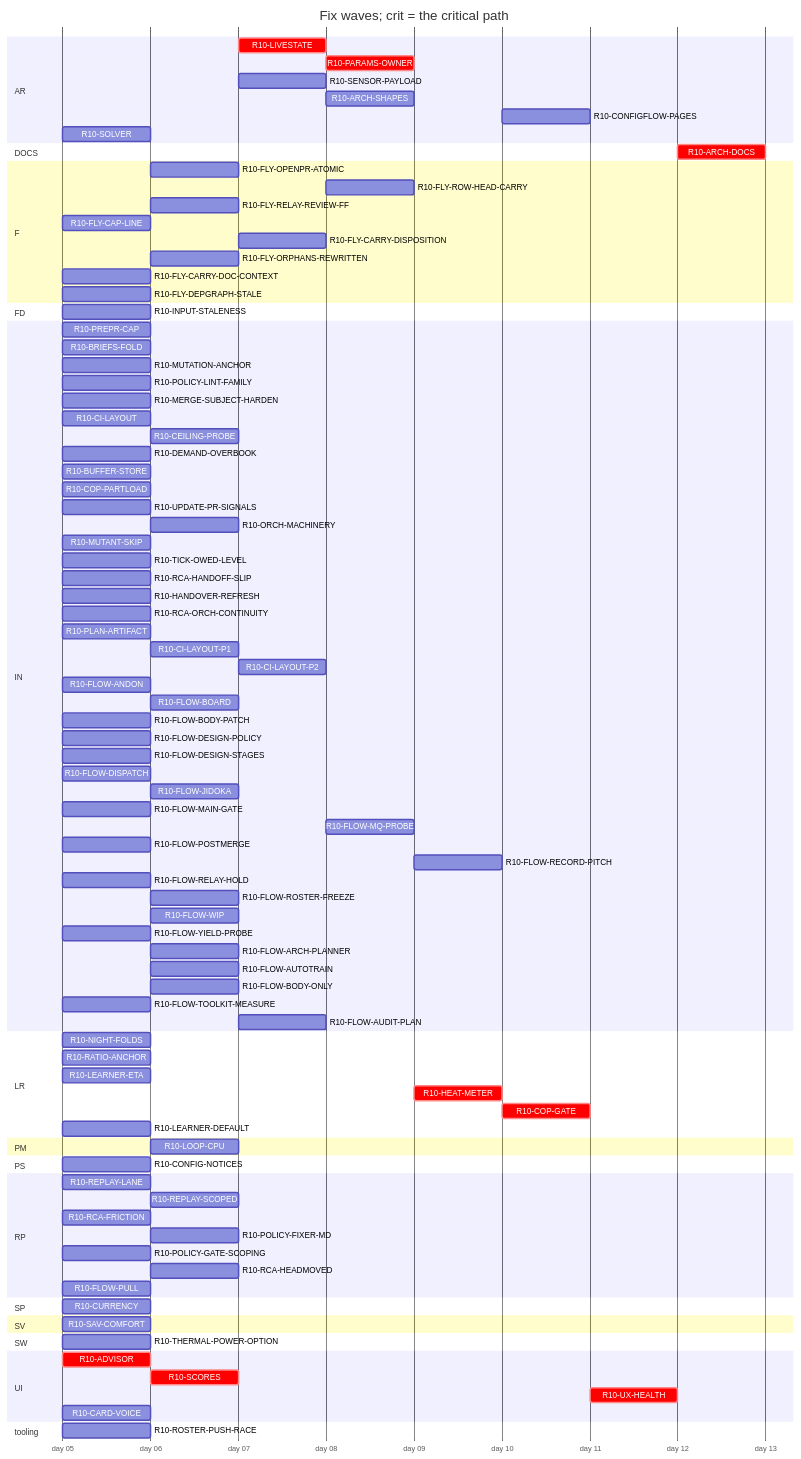
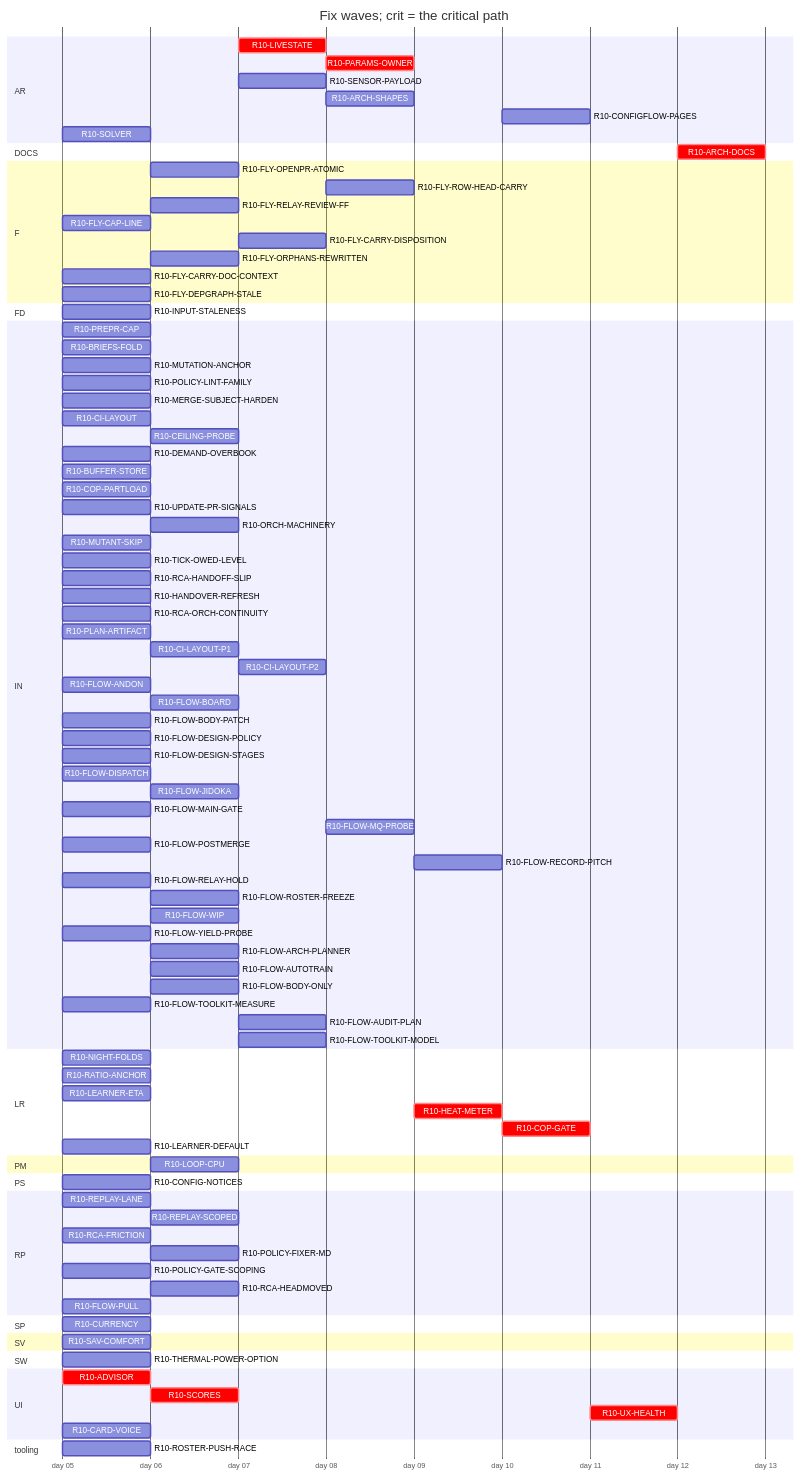
Before and after one commit to tvofi/heatpump_optimizer: the diagram in handoff/round10/state/PLAN-TABLE.md, drawn with Mermaid. The commit also changed other lines of this file and 1 other file, not shown here.

```diff
--- a/handoff/round10/state/PLAN-TABLE.md
+++ b/handoff/round10/state/PLAN-TABLE.md
@@ -90,6 +90,7 @@
     R10-FLOW-BODY-ONLY :r10FLOWBODYONLY, after r10UPDATEPRSIGNALS r10FLOWBODYPATCH, 1d
     R10-FLOW-TOOLKIT-MEASURE :r10FLOWTOOLKITMEASURE, 2026-01-05, 1d
     R10-FLOW-AUDIT-PLAN :r10FLOWAUDITPLAN, after r10FLOWARCHPLANNER r10FLOWTOOLKITMEASURE, 1d
+    R10-FLOW-TOOLKIT-MODEL :r10FLOWTOOLKITMODEL, after r10ORCHMACHINERY r10FLOWTOOLKITMEASURE, 1d
   section LR
     R10-NIGHT-FOLDS :r10NIGHTFOLDS, 2026-01-05, 1d
     R10-RATIO-ANCHOR :r10RATIOANCHOR, 2026-01-05, 1d
```
